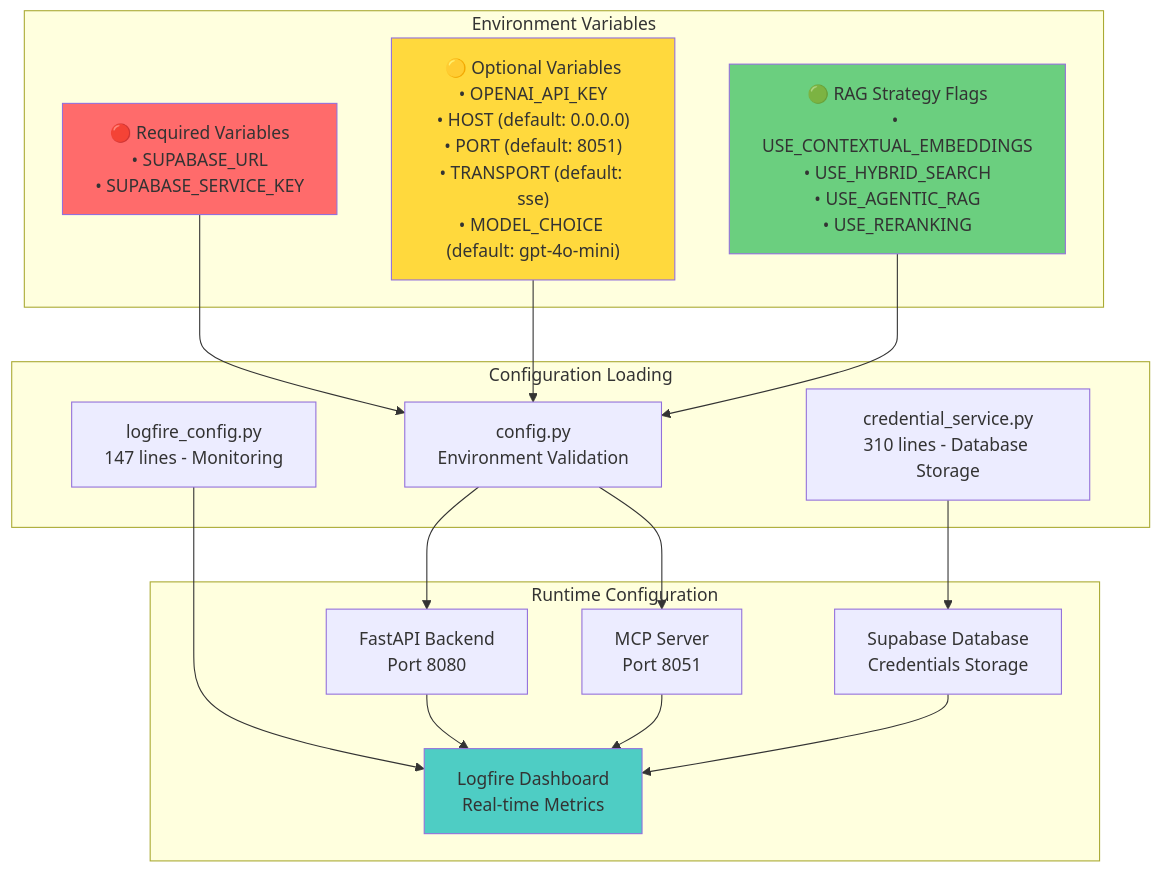
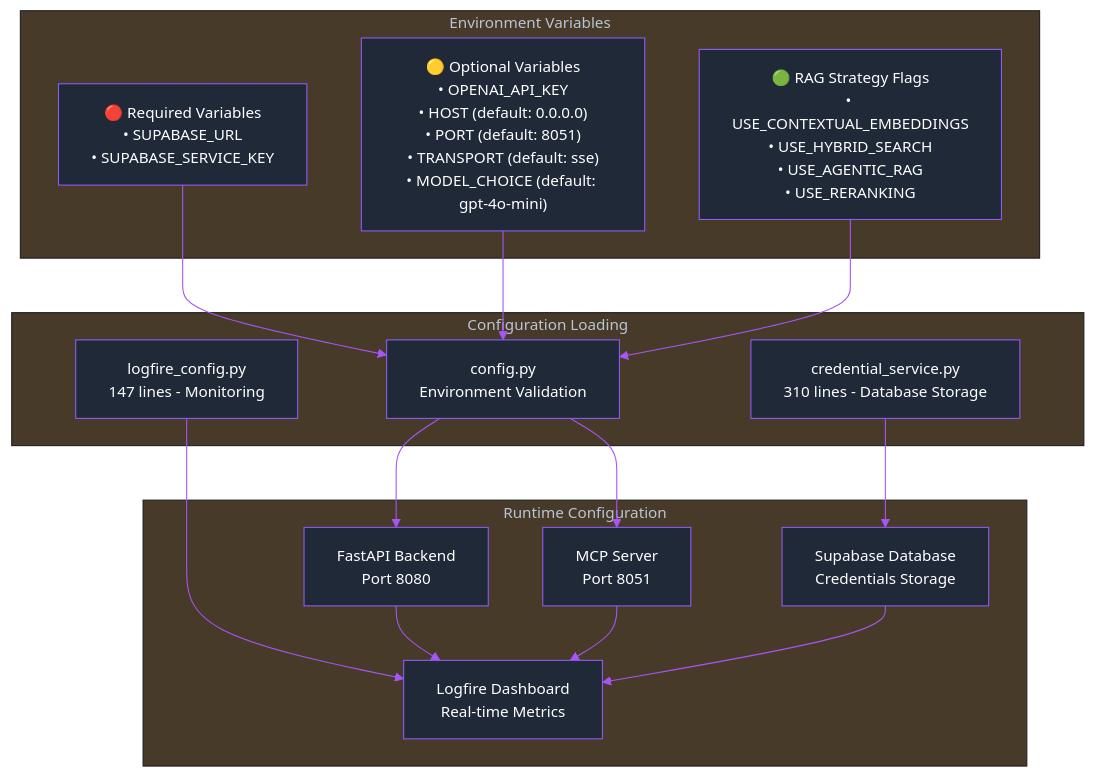
The first of 4 diagrams in docs/docs/configuration.mdx (tarsonis125/mcp-crawl4ai-rag-ChromaDB-V1), drawn with Mermaid before and after one commit. The commit also changed other lines of this file and 18 other files, not shown here.

````diff
--- a/docs/docs/configuration.mdx
+++ b/docs/docs/configuration.mdx
@@ -26,39 +26,50 @@
 ```mermaid
+%%{init:{
+  'theme':'base',
+  'themeVariables': {
+    'primaryColor':'#1f2937',
+    'primaryTextColor':'#ffffff',
+    'primaryBorderColor':'#8b5cf6',
+    'lineColor':'#a855f7',
+    'textColor':'#ffffff',
+    'fontFamily':'Inter',
+    'fontSize':'14px',
+    'background':'#000000',
+    'mainBkg':'#1f2937',
+    'secondBkg':'#111827',
+    'borderColor':'#8b5cf6'
+  }
+}}%%
 graph TD
-    subgraph "Environment Variables"
+        subgraph "Environment Variables"
         Required["🔴 Required Variables<br/>• SUPABASE_URL<br/>• SUPABASE_SERVICE_KEY"]
         Optional["🟡 Optional Variables<br/>• OPENAI_API_KEY<br/>• HOST (default: 0.0.0.0)<br/>• PORT (default: 8051)<br/>• TRANSPORT (default: sse)<br/>• MODEL_CHOICE (default: gpt-4o-mini)"]
         RAGFeatures["🟢 RAG Strategy Flags<br/>• USE_CONTEXTUAL_EMBEDDINGS<br/>• USE_HYBRID_SEARCH<br/>• USE_AGENTIC_RAG<br/>• USE_RERANKING"]
     end
-    
+
     subgraph "Configuration Loading"
         ConfigPy["config.py<br/>Environment Validation"]
         CredentialService["credential_service.py<br/>310 lines - Database Storage"]
         LogfireConfig["logfire_config.py<br/>147 lines - Monitoring"]
     end
-    
+
     subgraph "Runtime Configuration"
         FastAPI["FastAPI Backend<br/>Port 8080"]
         MCPServer["MCP Server<br/>Port 8051"]
         Database["Supabase Database<br/>Credentials Storage"]
         Monitoring["Logfire Dashboard<br/>Real-time Metrics"]
     end
     
     Required --> ConfigPy
     Optional --> ConfigPy
     RAGFeatures --> ConfigPy
     
     ConfigPy --> FastAPI
     ConfigPy --> MCPServer
     CredentialService --> Database
     LogfireConfig --> Monitoring
     
     FastAPI --> Monitoring
     MCPServer --> Monitoring
     Database --> Monitoring
-    
-    style Required fill:#ff6b6b
-    style Optional fill:#ffd93d
-    style RAGFeatures fill:#6bcf7f
-    style Monitoring fill:#4ecdc4
 ```
````
